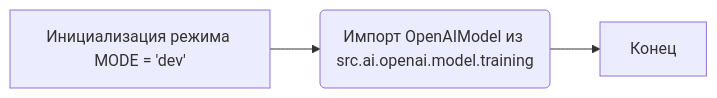
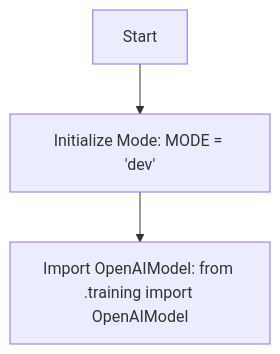
Before and after one commit to hypo69/hypo: the diagram in docs/gemini/ru/explainer/src/ai/openai/model/__init__.py.md, drawn with Mermaid. The commit also changed other lines of this file and 2445 other files, not shown here.

````diff
--- a/docs/gemini/ru/explainer/src/ai/openai/model/__init__.py.md
+++ b/docs/gemini/ru/explainer/src/ai/openai/model/__init__.py.md
@@ -15,5 +15,5 @@
 ```mermaid
-graph LR
-    A[Инициализация режима MODE = 'dev'] --> B(Импорт OpenAIModel из src.ai.openai.model.training);
-    B --> C[Конец];
+flowchart TD
+    Start --> ModeInitialization[Initialize Mode: MODE = 'dev']
+    ModeInitialization --> ImportOpenAIModel[Import OpenAIModel: from .training import OpenAIModel]
 ```
````
